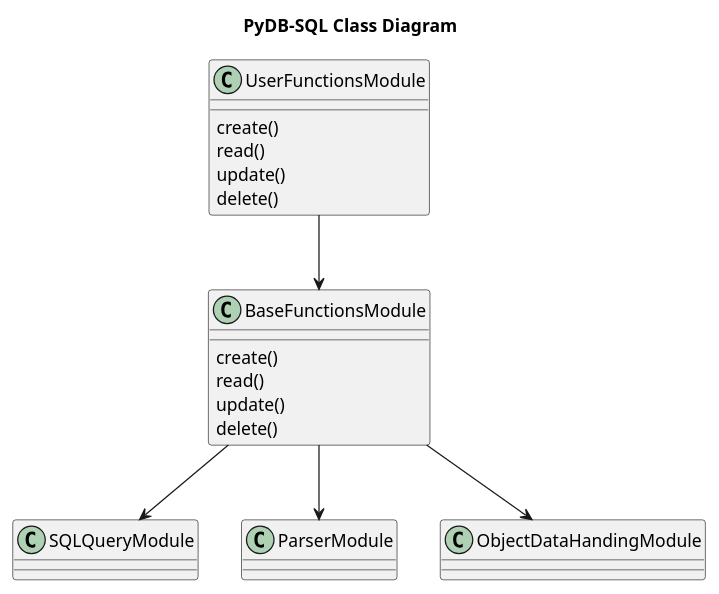
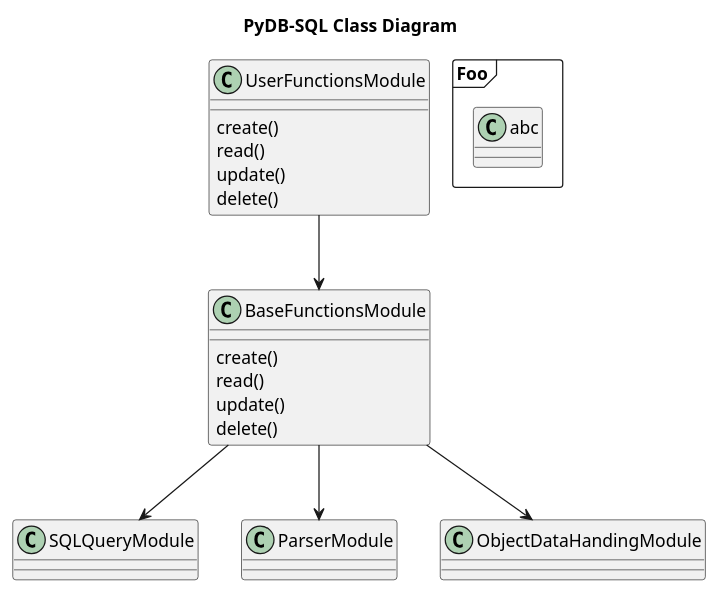
The diagram in doc/class_diagram.pu (admiswalker/pydb-sql), drawn with PlantUML before and after one commit. The commit also changed 4 other files, not shown here.

```diff
--- a/doc/class_diagram.pu
+++ b/doc/class_diagram.pu
@@ -1,30 +1,34 @@
 @startuml pydbsql
 title PyDB-SQL Class Diagram
+
+frame "Foo" as foo {
+    class "abc"
+}
 
 class "UserFunctionsModule" as UserMod {
     create()
     read()
     update()
     delete()
 }
 
 class "BaseFunctionsModule" as BaseMod {
     create()
     read()
     update()
     delete()
 }
 
 class "SQLQueryModule" as SQLMod {
 }
 class "ParserModule" as ParserMod {
 }
 class "ObjectDataHandingModule" as ODHMod {
 }
 
 UserMod --> BaseMod
 BaseMod --> SQLMod
 BaseMod --> ParserMod
 BaseMod --> ODHMod
 
 @enduml
```
